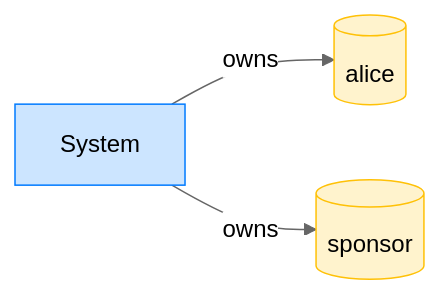
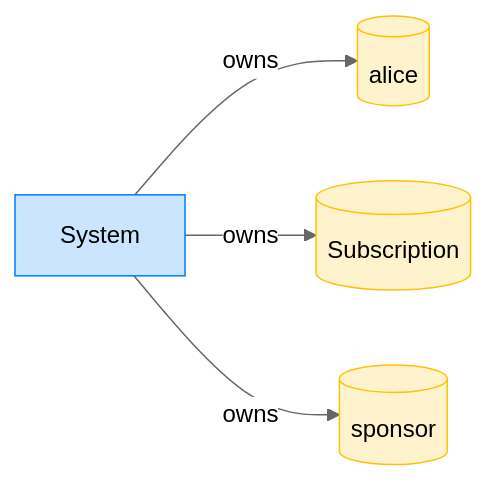
One commit to cds-rs/subscriptions changed diagram 20 of 20 in dsl_tests/a-subscriber-revoke-routes-rent-to-the-sponsor.md. Above: the diagram before and after it, drawn with Mermaid (neutral theme). The commit also changed other lines of this file and 224 other files, not shown here.

````diff
--- a/dsl_tests/a-subscriber-revoke-routes-rent-to-the-sponsor.md
+++ b/dsl_tests/a-subscriber-revoke-routes-rent-to-the-sponsor.md
@@ -362,10 +379,12 @@
 ```mermaid
 flowchart LR
     classDef owner fill:#cce5ff,stroke:#007bff;
     classDef account fill:#fff3cd,stroke:#ffc107;
     System[System]:::owner
     alice[(alice)]:::account
+    Subscription[(Subscription)]:::account
     sponsor[(sponsor)]:::account
     System -->|owns| alice
+    System -->|owns| Subscription
     System -->|owns| sponsor
 ```
````
